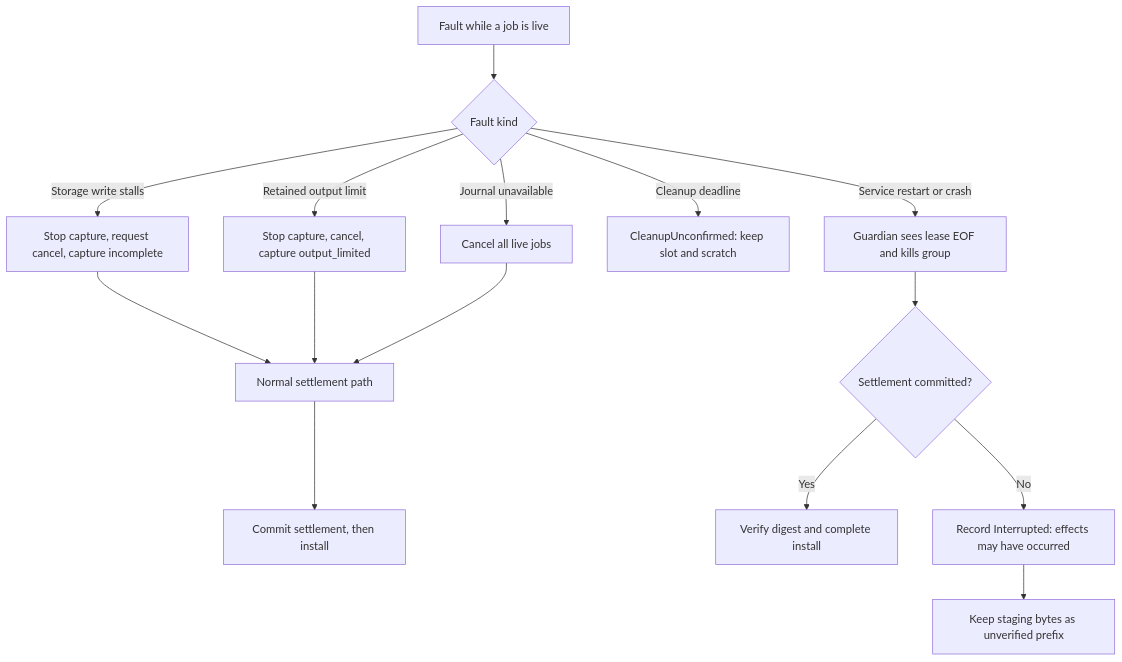
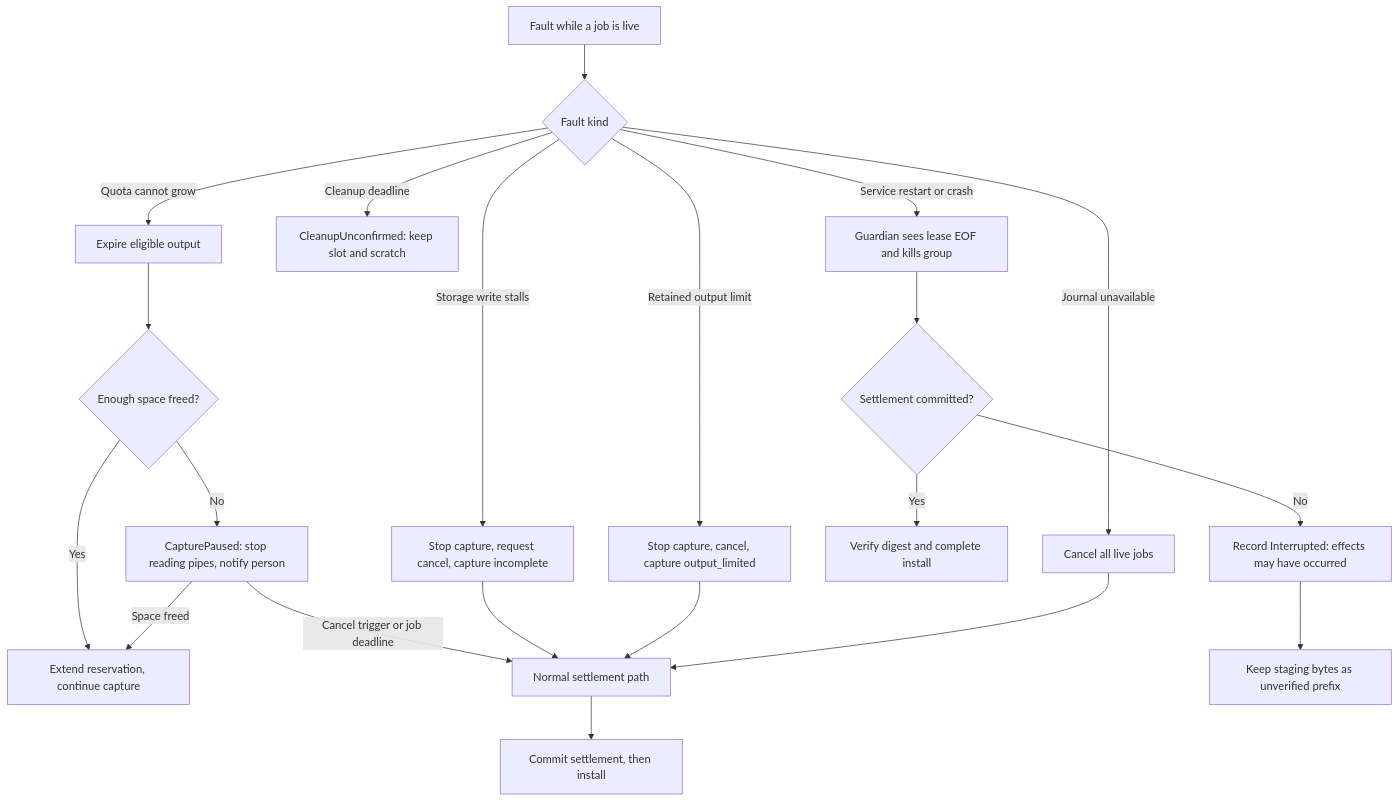
The fifth of 6 diagrams in docs/designs/tool-job-controller.md (pidster/asura), drawn with Mermaid before and after one commit. The commit also changed other lines of this file and 7 other files, not shown here.

First line of the commit message:
Record owner decisions on job output, launch selection and TB9

````diff
--- a/docs/designs/tool-job-controller.md
+++ b/docs/designs/tool-job-controller.md
@@ -432,17 +523,23 @@
 ```mermaid
 flowchart TD
     Fault[Fault while a job is live] --> Kind{Fault kind}
     Kind -->|Storage write stalls| Stall[Stop capture, request cancel, capture incomplete]
     Kind -->|Retained output limit| Limit[Stop capture, cancel, capture output_limited]
     Kind -->|Journal unavailable| Unavail[Cancel all live jobs]
+    Kind -->|Quota cannot grow| Expire[Expire eligible output]
+    Expire --> Freed{Enough space freed?}
+    Freed -->|Yes| Continue[Extend reservation, continue capture]
+    Freed -->|No| Paused[CapturePaused: stop reading pipes, notify person]
+    Paused -->|Space freed| Continue
+    Paused -->|Cancel trigger or job deadline| Settle
     Kind -->|Cleanup deadline| Unconf[CleanupUnconfirmed: keep slot and scratch]
     Kind -->|Service restart or crash| Restart[Guardian sees lease EOF and kills group]
     Stall --> Settle[Normal settlement path]
     Limit --> Settle
     Unavail --> Settle
     Settle --> Recorded[Commit settlement, then install]
     Restart --> Replay{Settlement committed?}
     Replay -->|Yes| Install[Verify digest and complete install]
     Replay -->|No| Interrupted[Record Interrupted: effects may have occurred]
     Interrupted --> Partial[Keep staging bytes as unverified prefix]
 ```
````
